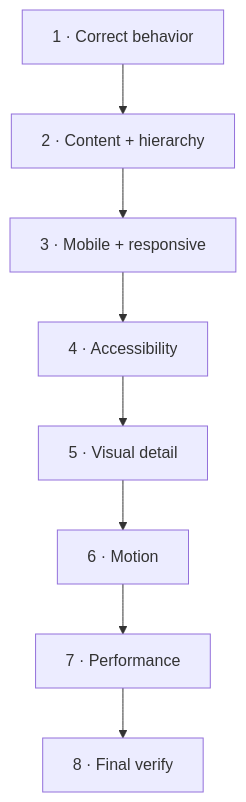
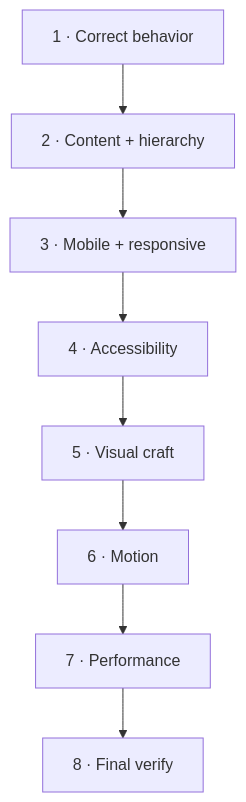
The first of 2 diagrams in tracks/05-quality-and-polish.md (mmoptibuilds-commits/portfolio-setup), drawn with Mermaid before and after one commit. The commit also changed other lines of this file and 9 other files, not shown here.

````diff
--- a/tracks/05-quality-and-polish.md
+++ b/tracks/05-quality-and-polish.md
@@ -9,10 +8,10 @@
 ```mermaid
 flowchart TD
     A["1 · Correct behavior"] --> B["2 · Content + hierarchy"]
     B --> C["3 · Mobile + responsive"]
     C --> D["4 · Accessibility"]
-    D --> E["5 · Visual detail"]
+    D --> E["5 · Visual craft"]
     E --> F["6 · Motion"]
     F --> G["7 · Performance"]
     G --> H["8 · Final verify"]
 ```
````
